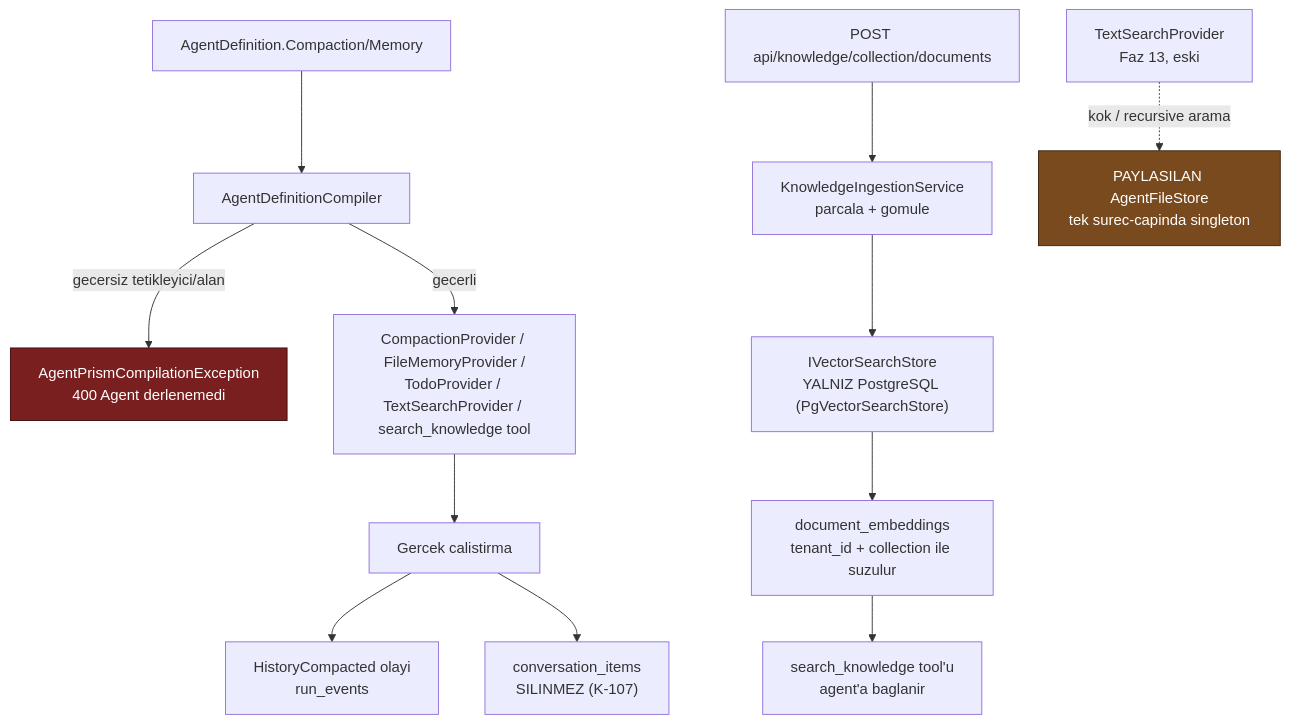
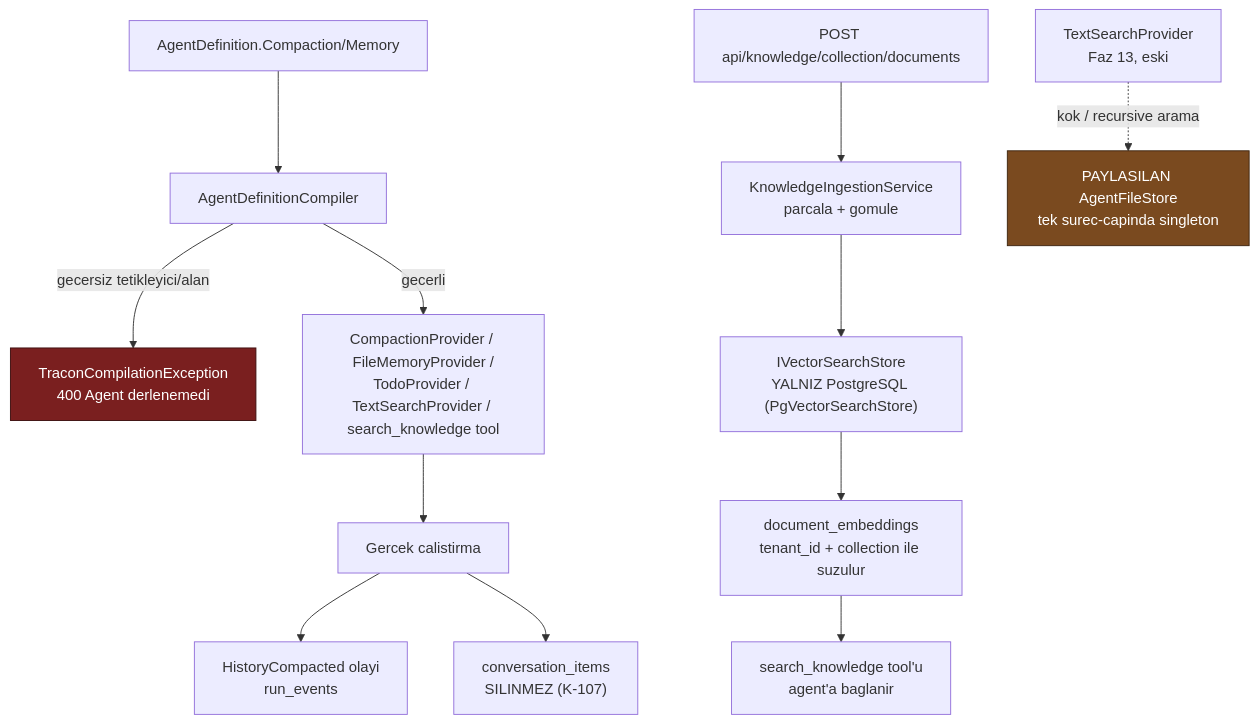
Before and after one commit to farukatasoy/Tracon: the diagram in docs/manuel-test/20-BELLEK-RAG-BAGLAM.md, drawn with Mermaid. The commit also changed other lines of this file and 4535 other files, not shown here.

````diff
--- a/docs/manuel-test/20-BELLEK-RAG-BAGLAM.md
+++ b/docs/manuel-test/20-BELLEK-RAG-BAGLAM.md
@@ -50,20 +50,20 @@
 ```mermaid
 flowchart TD
     A["AgentDefinition.Compaction/Memory"] --> B["AgentDefinitionCompiler"]
-    B -- "gecersiz tetikleyici/alan" --> BX["AgentPrismCompilationException<br/>400 Agent derlenemedi"]
+    B -- "gecersiz tetikleyici/alan" --> BX["TraconCompilationException<br/>400 Agent derlenemedi"]
     B -- "gecerli" --> C["CompactionProvider / FileMemoryProvider /<br/>TodoProvider / TextSearchProvider / search_knowledge tool"]
 
     C --> D["Gercek calistirma"]
     D --> E["HistoryCompacted olayi<br/>run_events"]
     D --> F["conversation_items<br/>SILINMEZ (K-107)"]
 
     G["POST api/knowledge/collection/documents"] --> H["KnowledgeIngestionService<br/>parcala + gomule"]
     H --> I["IVectorSearchStore<br/>YALNIZ PostgreSQL (PgVectorSearchStore)"]
     I --> J["document_embeddings<br/>tenant_id + collection ile suzulur"]
     J --> K["search_knowledge tool'u<br/>agent'a baglanir"]
 
     L["TextSearchProvider<br/>Faz 13, eski"] -. "kok / recursive arama" .-> M["PAYLASILAN AgentFileStore<br/>tek surec-capinda singleton"]
 
     style BX fill:#7a1f1f,stroke:#3d0f0f,color:#ffffff
     style M fill:#7a4a1f,stroke:#3d250f,color:#ffffff
 ```
````
